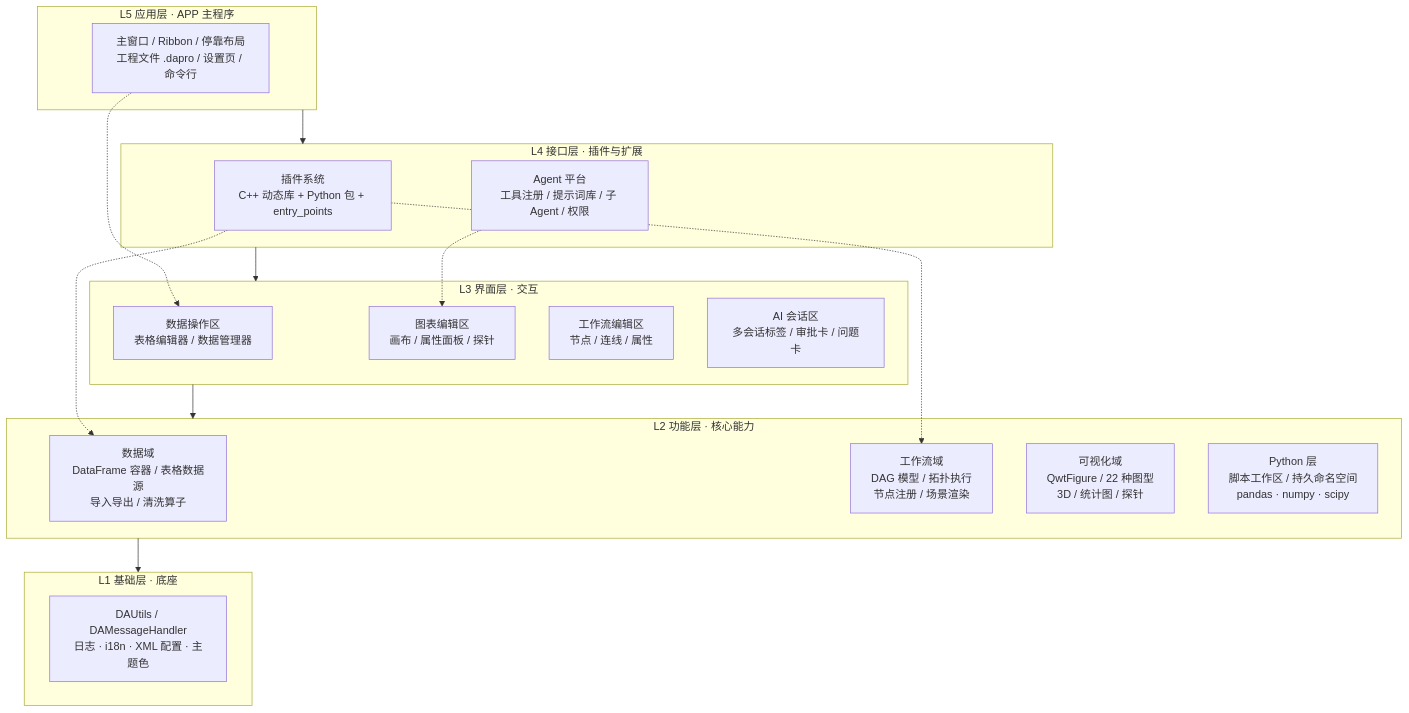
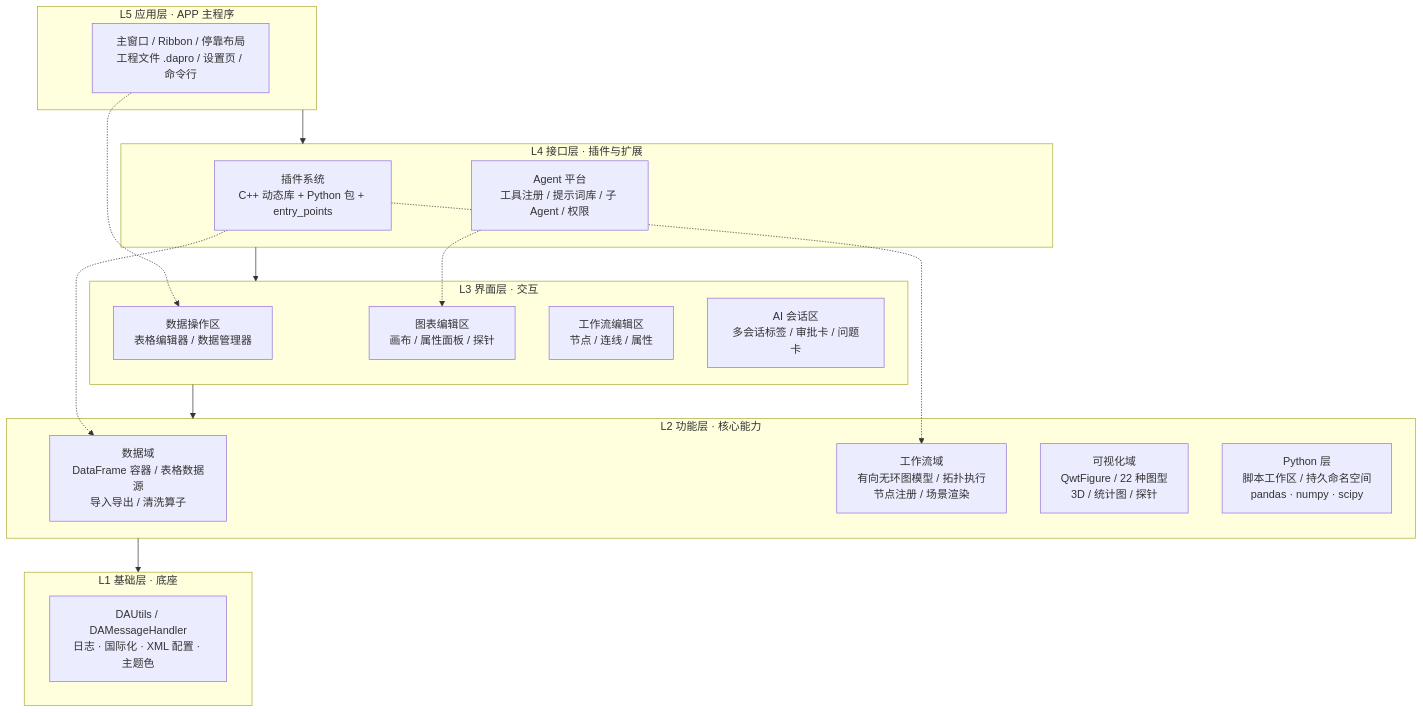
The first of 16 diagrams in docs/zh/roadmap.md (czyt1988/data-workbench), drawn with Mermaid before and after one commit. The commit also changed other lines of this file and 55 other files, not shown here.

````diff
--- a/docs/zh/roadmap.md
+++ b/docs/zh/roadmap.md
@@ -53,38 +53,38 @@
 ```mermaid
 flowchart TB
     subgraph L5["L5 应用层 · APP 主程序"]
         APP["主窗口 / Ribbon / 停靠布局<br/>工程文件 .dapro / 设置页 / 命令行"]
     end
 
     subgraph L4["L4 接口层 · 插件与扩展"]
         PLUG["插件系统<br/>C++ 动态库 + Python 包 + entry_points"]
         AGENT["Agent 平台<br/>工具注册 / 提示词库 / 子 Agent / 权限"]
     end
 
     subgraph L3["L3 界面层 · 交互"]
         GUI_DATA["数据操作区<br/>表格编辑器 / 数据管理器"]
         GUI_CHART["图表编辑区<br/>画布 / 属性面板 / 探针"]
         GUI_WF["工作流编辑区<br/>节点 / 连线 / 属性"]
         GUI_AGENT["AI 会话区<br/>多会话标签 / 审批卡 / 问题卡"]
     end
 
     subgraph L2["L2 功能层 · 核心能力"]
         DATA["数据域<br/>DataFrame 容器 / 表格数据源<br/>导入导出 / 清洗算子"]
-        WF["工作流域<br/>DAG 模型 / 拓扑执行<br/>节点注册 / 场景渲染"]
+        WF["工作流域<br/>有向无环图模型 / 拓扑执行<br/>节点注册 / 场景渲染"]
         FIG["可视化域<br/>QwtFigure / 22 种图型<br/>3D / 统计图 / 探针"]
         PY["Python 层<br/>脚本工作区 / 持久命名空间<br/>pandas · numpy · scipy"]
     end
 
     subgraph L1["L1 基础层 · 底座"]
-        BASE["DAUtils / DAMessageHandler<br/>日志 · i18n · XML 配置 · 主题色"]
+        BASE["DAUtils / DAMessageHandler<br/>日志 · 国际化 · XML 配置 · 主题色"]
     end
 
     L5 --> L4
     L4 --> L3
     L3 --> L2
     L2 --> L1
     APP -.-> GUI_DATA
     PLUG -.-> WF
     PLUG -.-> DATA
     AGENT -.-> GUI_CHART
 ```
````
